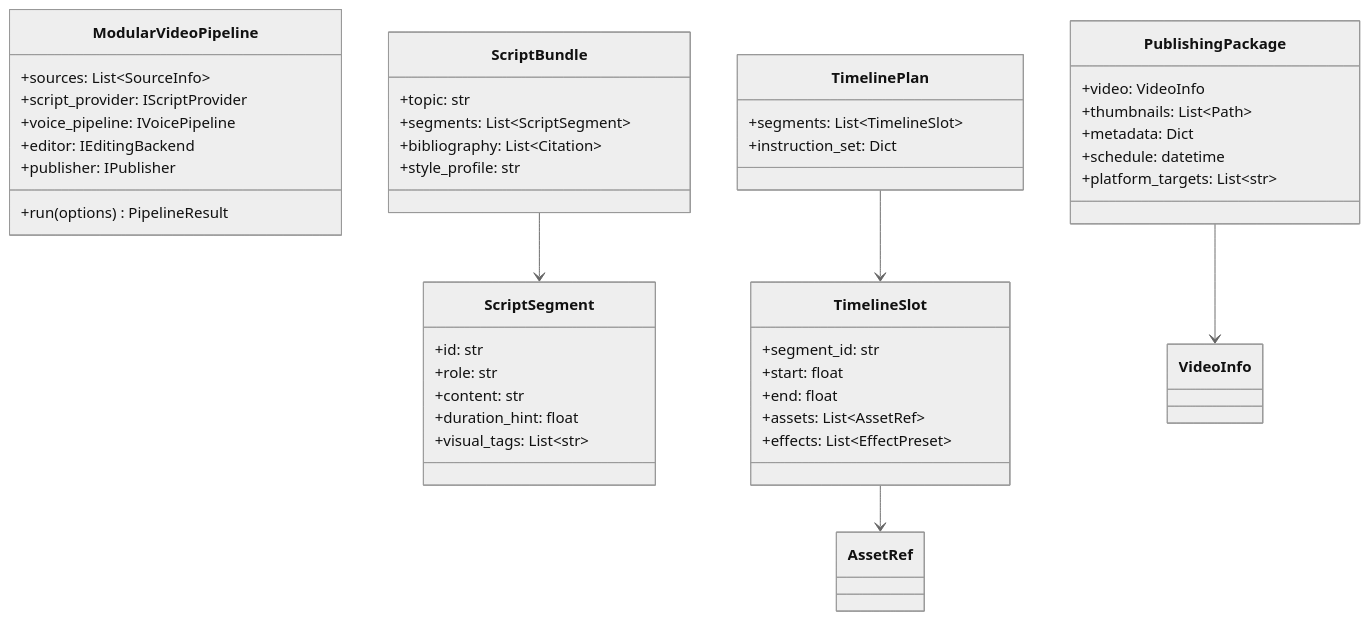
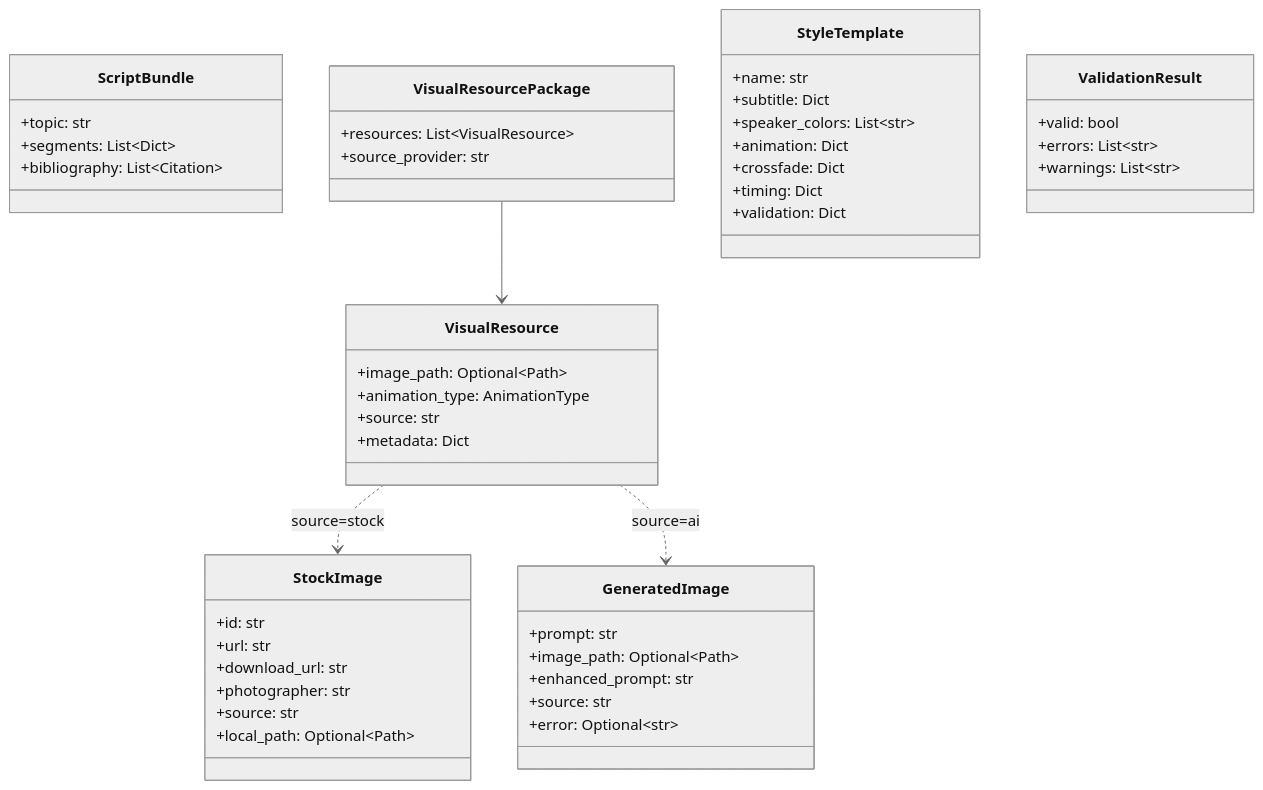
One commit to YuShimoji/NLMandSlideVideoGenerator changed the second of 3 diagrams in docs/system_architecture.md. Above: the diagram before and after it, drawn with Mermaid (neutral theme). The commit also changed other lines of this file and 5 other files, not shown here.

````diff
--- a/docs/system_architecture.md
+++ b/docs/system_architecture.md
@@ -75,52 +87,57 @@
 ```mermaid
 classDiagram
-    class ModularVideoPipeline {
-        +sources: List~SourceInfo~
-        +script_provider: IScriptProvider
-        +voice_pipeline: IVoicePipeline
-        +editor: IEditingBackend
-        +publisher: IPublisher
-        +run(options) PipelineResult
+    class ScriptBundle {
+        +topic: str
+        +segments: List~Dict~
+        +bibliography: List~Citation~
     }
 
-    class ScriptBundle {
-        +topic: str
-        +segments: List~ScriptSegment~
-        +bibliography: List~Citation~
-        +style_profile: str
+    class VisualResourcePackage {
+        +resources: List~VisualResource~
+        +source_provider: str
     }
 
-    class ScriptSegment {
-        +id: str
-        +role: str
-        +content: str
-        +duration_hint: float
-        +visual_tags: List~str~
+    class VisualResource {
+        +image_path: Optional~Path~
+        +animation_type: AnimationType
+        +source: str
+        +metadata: Dict
     }
 
-    class TimelinePlan {
-        +segments: List~TimelineSlot~
-        +instruction_set: Dict
+    class StockImage {
+        +id: str
+        +url: str
+        +download_url: str
+        +photographer: str
+        +source: str
+        +local_path: Optional~Path~
     }
 
-    class TimelineSlot {
-        +segment_id: str
-        +start: float
-        +end: float
-        +assets: List~AssetRef~
-        +effects: List~EffectPreset~
+    class GeneratedImage {
+        +prompt: str
+        +image_path: Optional~Path~
+        +enhanced_prompt: str
+        +source: str
+        +error: Optional~str~
     }
 
-    class PublishingPackage {
-        +video: VideoInfo
-        +thumbnails: List~Path~
-        +metadata: Dict
-        +schedule: datetime
-        +platform_targets: List~str~
+    class StyleTemplate {
+        +name: str
+        +subtitle: Dict
+        +speaker_colors: List~str~
+        +animation: Dict
+        +crossfade: Dict
+        +timing: Dict
+        +validation: Dict
     }
 
-    ScriptBundle --> ScriptSegment
-    TimelinePlan --> TimelineSlot
-    PublishingPackage --> VideoInfo
-    TimelineSlot --> AssetRef
+    class ValidationResult {
+        +valid: bool
+        +errors: List~str~
+        +warnings: List~str~
+    }
+
+    VisualResourcePackage --> VisualResource
+    VisualResource ..> StockImage : source=stock
+    VisualResource ..> GeneratedImage : source=ai
 ```
````
